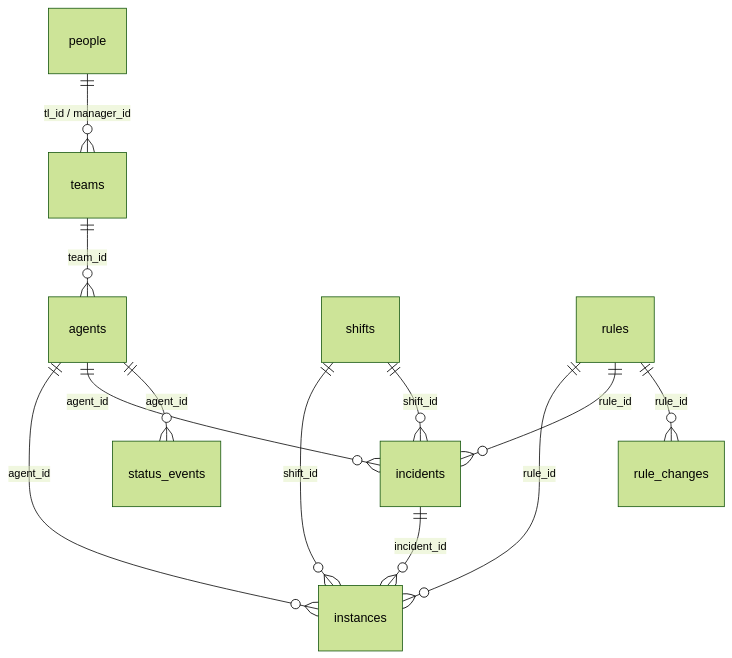
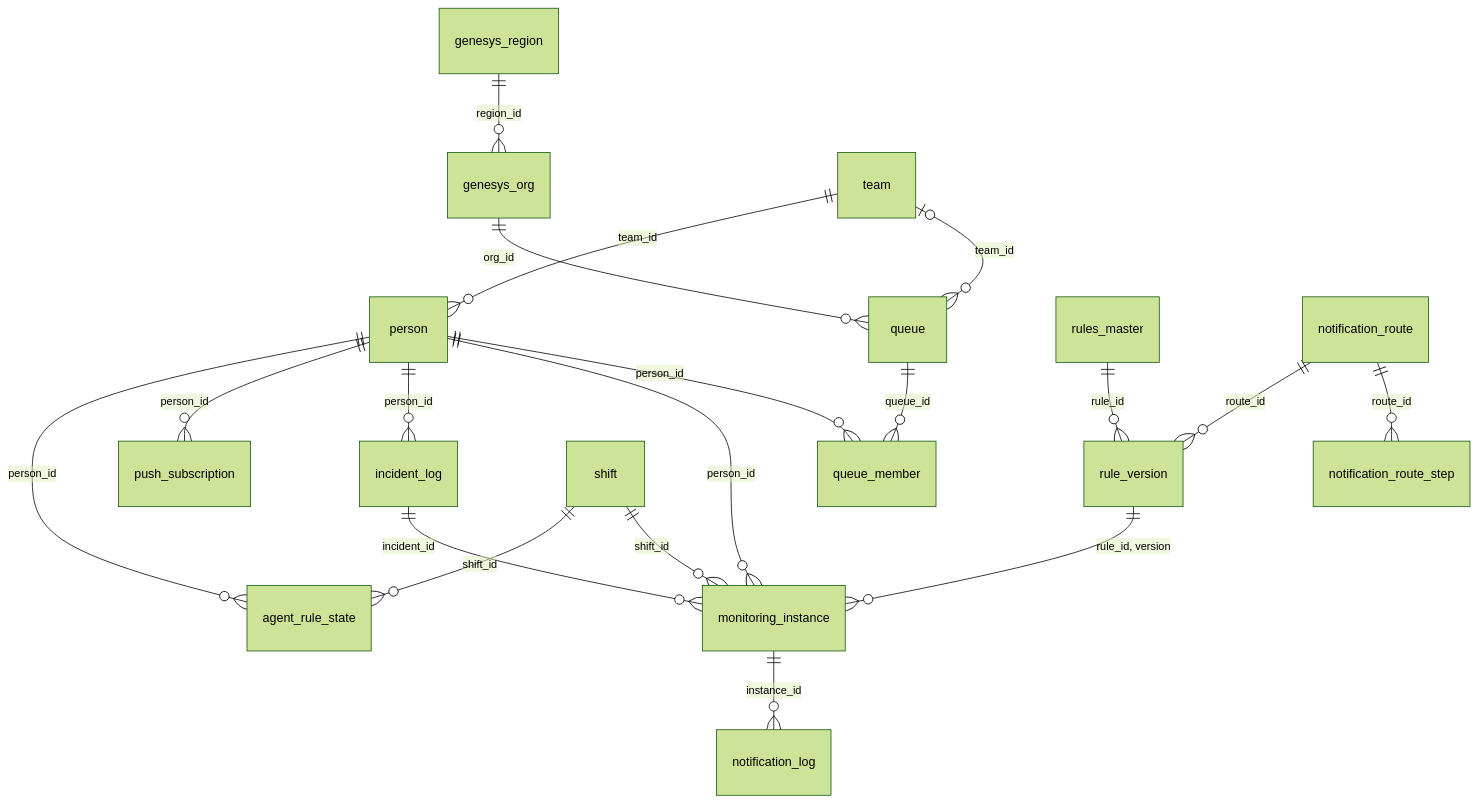
The fifth of 6 diagrams in docs/data-architecture.md (aishki/rtm-console), drawn with Mermaid (forest theme) before and after one commit. The commit also changed other lines of this file, not shown here.

First line of the commit message:
docs: bring the data architecture up to date with the live feed

````diff
--- a/docs/data-architecture.md
+++ b/docs/data-architecture.md
@@ -380,14 +482,21 @@
 ```mermaid
 erDiagram
-    people ||--o{ teams : "tl_id / manager_id"
-    teams ||--o{ agents : team_id
-    shifts ||--o{ instances : shift_id
-    shifts ||--o{ incidents : shift_id
-    agents ||--o{ instances : agent_id
-    rules ||--o{ instances : rule_id
-    incidents ||--o{ instances : incident_id
-    agents ||--o{ incidents : agent_id
-    rules ||--o{ incidents : rule_id
-    agents ||--o{ status_events : agent_id
-    rules ||--o{ rule_changes : rule_id
+    genesys_region ||--o{ genesys_org : region_id
+    genesys_org ||--o{ queue : org_id
+    queue ||--o{ queue_member : queue_id
+    person ||--o{ queue_member : person_id
+    team |o--o{ queue : team_id
+    team ||--o{ person : team_id
+    rules_master ||--o{ rule_version : rule_id
+    notification_route ||--o{ notification_route_step : route_id
+    notification_route ||--o{ rule_version : route_id
+    shift ||--o{ monitoring_instance : shift_id
+    rule_version ||--o{ monitoring_instance : "rule_id, version"
+    person ||--o{ monitoring_instance : person_id
+    incident_log ||--o{ monitoring_instance : incident_id
+    person ||--o{ incident_log : person_id
+    monitoring_instance ||--o{ notification_log : instance_id
+    person ||--o{ push_subscription : person_id
+    shift ||--o{ agent_rule_state : shift_id
+    person ||--o{ agent_rule_state : person_id
 ```
````
